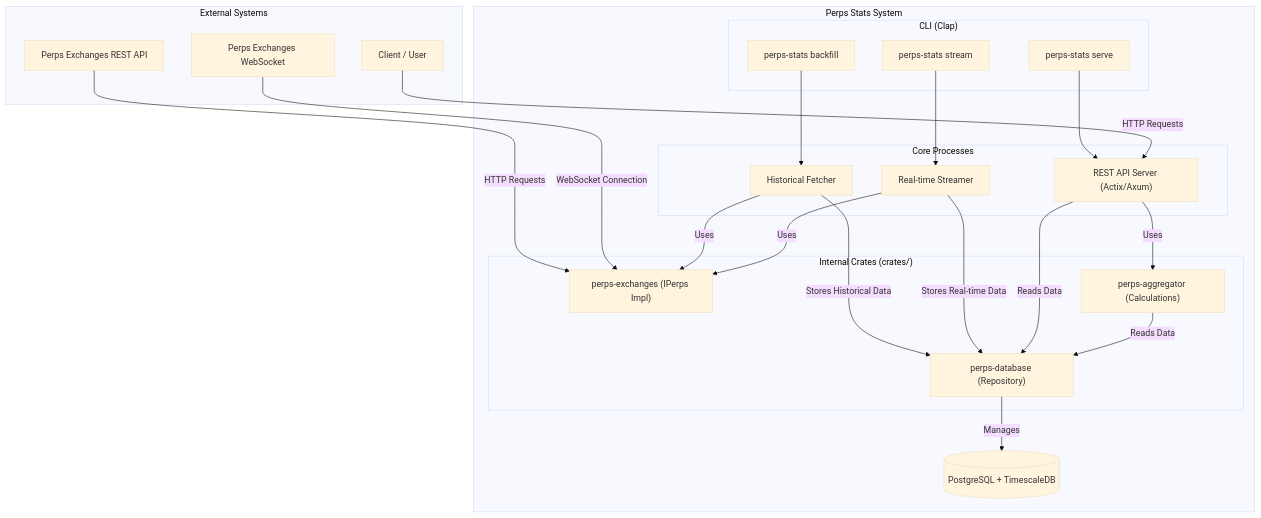
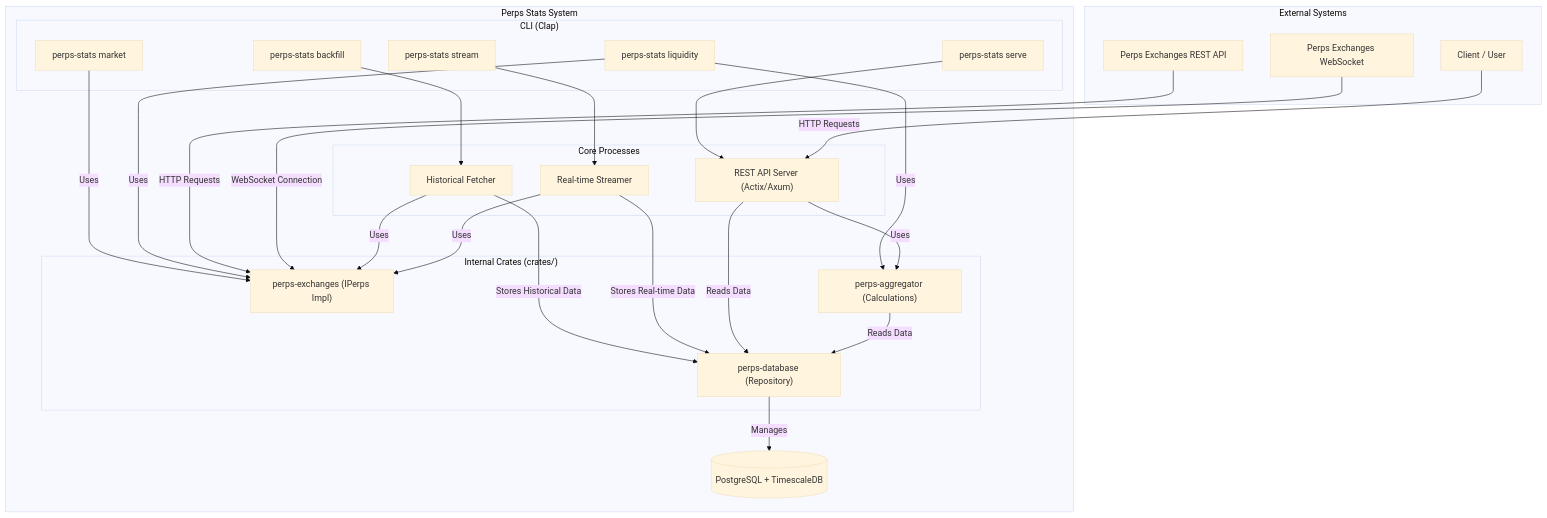
Before and after one commit to LampardNguyen234/perps-stats: the diagram in docs/architecture.md, drawn with Mermaid (base theme). The commit also changed other lines of this file and 13 other files, not shown here.

Commit message:
feat: add cli commands

````diff
--- a/docs/architecture.md
+++ b/docs/architecture.md
@@ -7,52 +7,59 @@
 ```mermaid
 graph TD
     subgraph "External Systems"
         A[Perps Exchanges REST API]
         B[Perps Exchanges WebSocket]
         C[Client / User]
     end
 
     subgraph "Perps Stats System"
         subgraph "CLI (Clap)"
             CLI_Fetcher["perps-stats backfill"]
             CLI_Streamer["perps-stats stream"]
             CLI_Server["perps-stats serve"]
+            CLI_Market["perps-stats market"]
+            CLI_Liquidity["perps-stats liquidity"]
         end
 
         subgraph "Core Processes"
             P1[Historical Fetcher]
             P2[Real-time Streamer]
             P3["REST API Server (Actix/Axum)"]
         end
 
         subgraph "Internal Crates (crates/)"
             Crate_Exchanges["perps-exchanges (IPerps Impl)"]
             Crate_DB["perps-database (Repository)"]
             Crate_Aggregator["perps-aggregator (Calculations)"]
         end
 
         DB[(PostgreSQL + TimescaleDB)]
     end
 
     %% CLI to Processes
     CLI_Fetcher --> P1
     CLI_Streamer --> P2
     CLI_Server --> P3
 
+    %% CLI to Crates (for direct commands)
+    CLI_Market -- Uses --> Crate_Exchanges
+    CLI_Liquidity -- Uses --> Crate_Exchanges
+    CLI_Liquidity -- Uses --> Crate_Aggregator
+
     %% Data Ingestion Flow
     A -- HTTP Requests --> Crate_Exchanges
     B -- WebSocket Connection --> Crate_Exchanges
     P1 -- Uses --> Crate_Exchanges
     P2 -- Uses --> Crate_Exchanges
     P1 -- Stores Historical Data --> Crate_DB
     P2 -- Stores Real-time Data --> Crate_DB
 
     %% Data Serving Flow
     P3 -- Reads Data --> Crate_DB
     P3 -- Uses --> Crate_Aggregator
     Crate_Aggregator -- Reads Data --> Crate_DB
     C -- HTTP Requests --> P3
 
     %% Database Interaction
     Crate_DB -- Manages --> DB
 ```
````
